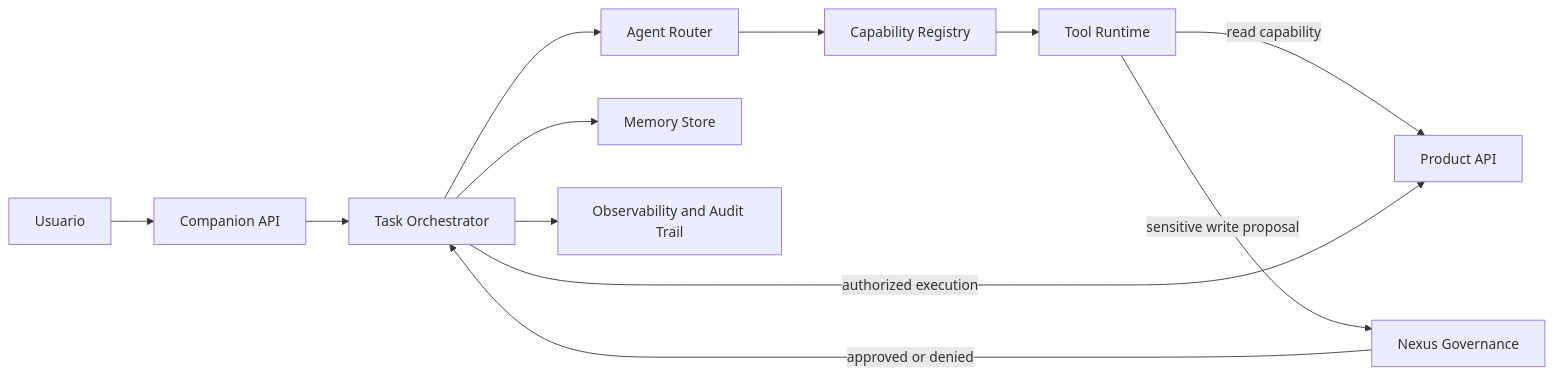
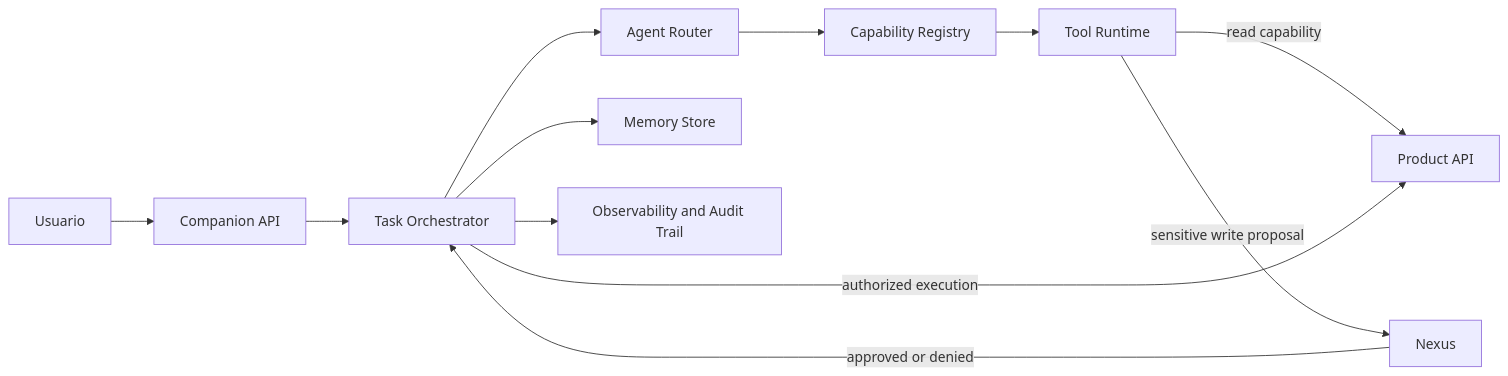
Before and after one commit to devpablocristo/axis: the diagram in companion/docs/adr/0001-companion-as-ai-platform.md, drawn with Mermaid. The commit also changed other lines of this file and 374 other files, not shown here.

````diff
--- a/companion/docs/adr/0001-companion-as-ai-platform.md
+++ b/companion/docs/adr/0001-companion-as-ai-platform.md
@@ -90,14 +90,14 @@
 ```mermaid
 flowchart LR
   User["Usuario"] --> CompanionAPI["Companion API"]
   CompanionAPI --> TaskOrchestrator["Task Orchestrator"]
   TaskOrchestrator --> AgentRouter["Agent Router"]
   AgentRouter --> CapabilityRegistry["Capability Registry"]
   CapabilityRegistry --> ToolRuntime["Tool Runtime"]
   ToolRuntime -->|"read capability"| ProductAPI["Product API"]
-  ToolRuntime -->|"sensitive write proposal"| NexusGovernance["Nexus Governance"]
-  NexusGovernance -->|"approved or denied"| TaskOrchestrator
+  ToolRuntime -->|"sensitive write proposal"| NexusNexus["Nexus"]
+  NexusNexus -->|"approved or denied"| TaskOrchestrator
   TaskOrchestrator -->|"authorized execution"| ProductAPI
   TaskOrchestrator --> MemoryStore["Memory Store"]
   TaskOrchestrator --> AuditTrail["Observability and Audit Trail"]
 ```
````
